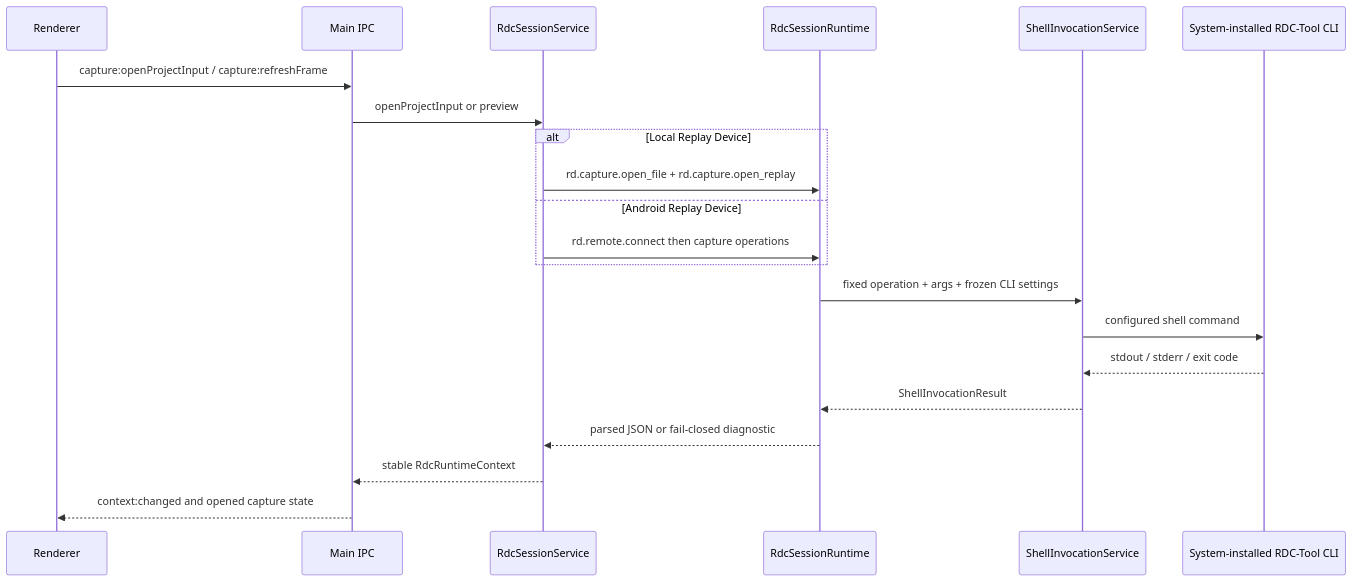
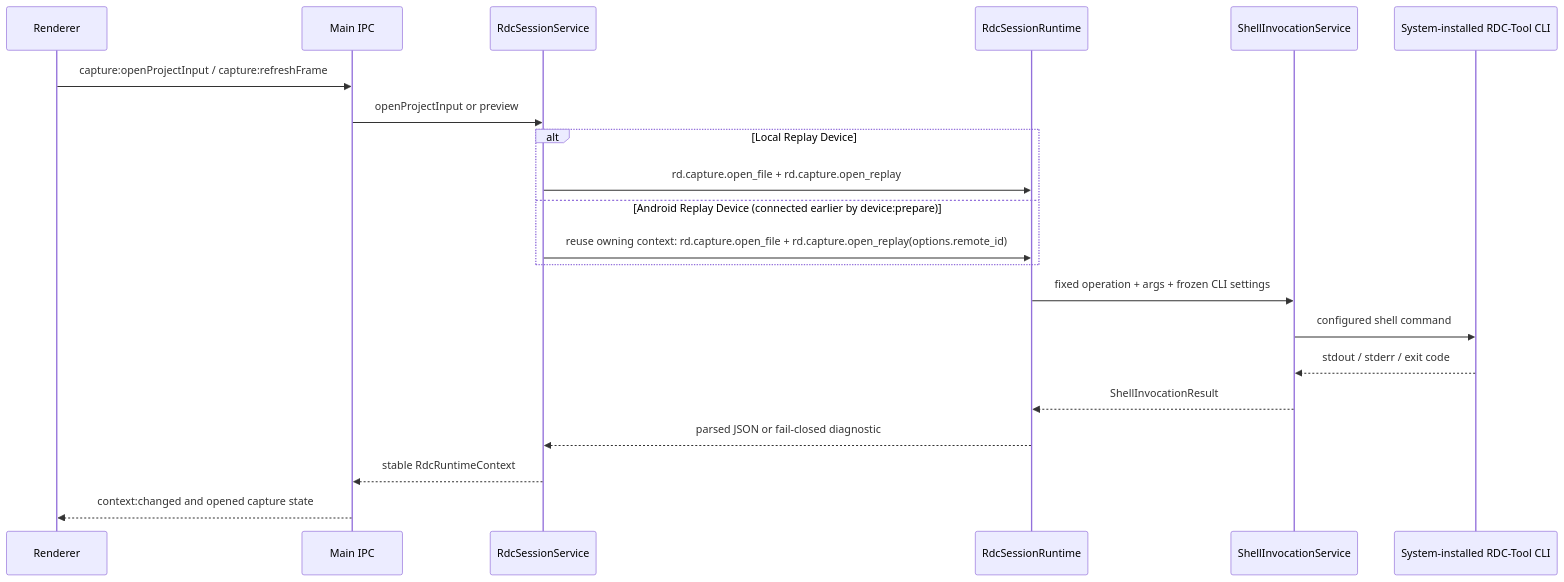
One commit to haolange/RDC-Agent changed the second of 3 diagrams in docs/architecture/data-flow.md. Above: the diagram before and after it, drawn with Mermaid. The commit also changed other lines of this file and 18 other files, not shown here.

First line of the commit message:
docs: restate architecture and product docs as current contracts

````diff
--- a/docs/architecture/data-flow.md
+++ b/docs/architecture/data-flow.md
@@ -35,24 +35,24 @@
 ```mermaid
 sequenceDiagram
   participant UI as Renderer
   participant IPC as Main IPC
   participant Session as RdcSessionService
   participant Runtime as RdcSessionRuntime
   participant Shell as ShellInvocationService
   participant CLI as System-installed RDC-Tool CLI
 
   UI->>IPC: capture:openProjectInput / capture:refreshFrame
   IPC->>Session: openProjectInput or preview
   alt Local Replay Device
     Session->>Runtime: rd.capture.open_file + rd.capture.open_replay
-  else Android Replay Device
-    Session->>Runtime: rd.remote.connect then capture operations
+  else Android Replay Device (connected earlier by device:prepare)
+    Session->>Runtime: reuse owning context: rd.capture.open_file + rd.capture.open_replay(options.remote_id)
   end
   Runtime->>Shell: fixed operation + args + frozen CLI settings
   Shell->>CLI: configured shell command
   CLI-->>Shell: stdout / stderr / exit code
   Shell-->>Runtime: ShellInvocationResult
   Runtime-->>Session: parsed JSON or fail-closed diagnostic
   Session-->>IPC: stable RdcRuntimeContext
   IPC-->>UI: context:changed and opened capture state
 ```
````
